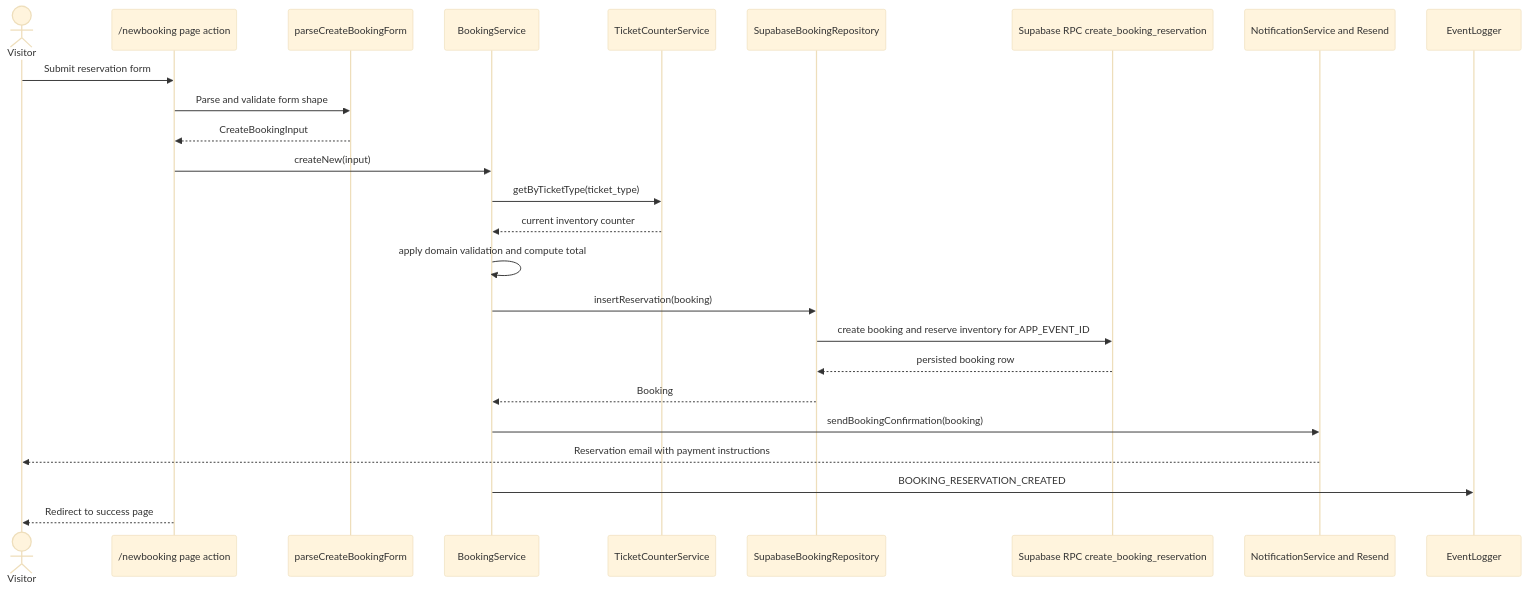
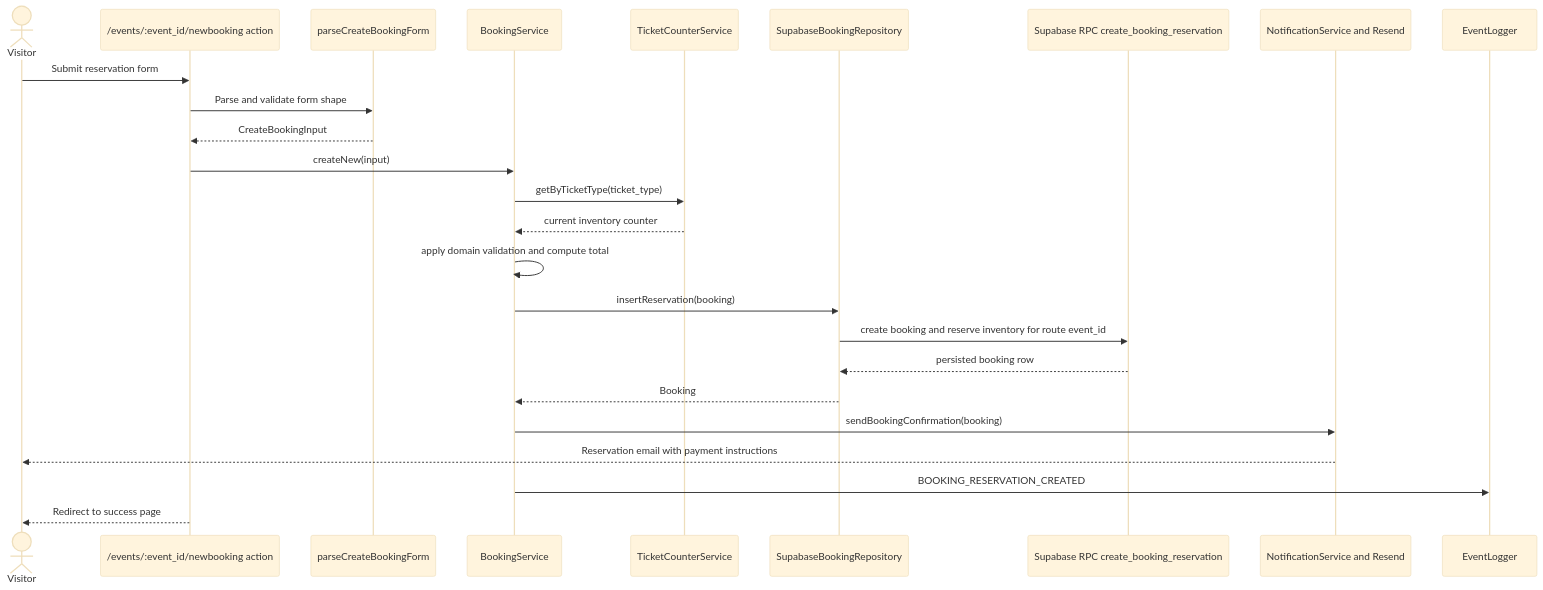
The fourth of 6 diagrams in docs/architecture.md (gretchel2025/gfeurope2), drawn with Mermaid (base theme) before and after one commit. The commit also changed other lines of this file and 148 other files, not shown here.

````diff
--- a/docs/architecture.md
+++ b/docs/architecture.md
@@ -147,28 +147,28 @@
 ```mermaid
 sequenceDiagram
     actor Visitor
-    participant Page as /newbooking page action
+    participant Page as /events/:event_id/newbooking action
     participant Form as parseCreateBookingForm
     participant Booking as BookingService
     participant Counter as TicketCounterService
     participant Repo as SupabaseBookingRepository
     participant RPC as Supabase RPC create_booking_reservation
     participant Email as NotificationService and Resend
     participant Log as EventLogger
 
     Visitor->>Page: Submit reservation form
     Page->>Form: Parse and validate form shape
     Form-->>Page: CreateBookingInput
     Page->>Booking: createNew(input)
     Booking->>Counter: getByTicketType(ticket_type)
     Counter-->>Booking: current inventory counter
     Booking->>Booking: apply domain validation and compute total
     Booking->>Repo: insertReservation(booking)
-    Repo->>RPC: create booking and reserve inventory for APP_EVENT_ID
+    Repo->>RPC: create booking and reserve inventory for route event_id
     RPC-->>Repo: persisted booking row
     Repo-->>Booking: Booking
     Booking->>Email: sendBookingConfirmation(booking)
     Email-->>Visitor: Reservation email with payment instructions
     Booking->>Log: BOOKING_RESERVATION_CREATED
     Page-->>Visitor: Redirect to success page
 ```
````
